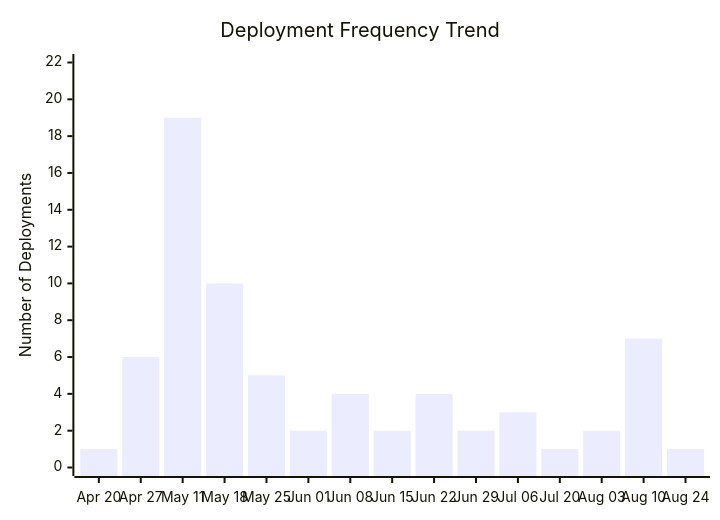
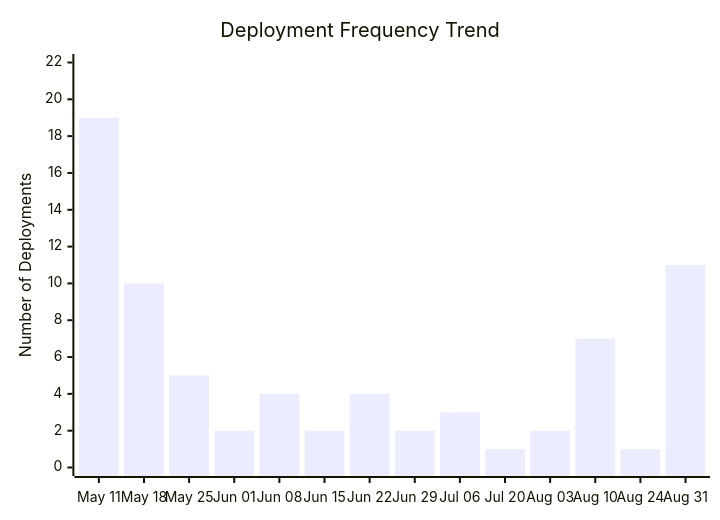
Before and after one commit to ukma-cs-ssdm-2025/rate-ukma: the third of 4 diagrams in docs/ci-cd/dora-summary.md, drawn with Mermaid. The commit also changed other lines of this file, not shown here.

````diff
--- a/docs/ci-cd/dora-summary.md
+++ b/docs/ci-cd/dora-summary.md
@@ -57,7 +56,7 @@
 ```mermaid
 xychart-beta
     title "Deployment Frequency Trend"
-    x-axis ["Apr 20", "Apr 27", "May 11", "May 18", "May 25", "Jun 01", "Jun 08", "Jun 15", "Jun 22", "Jun 29", "Jul 06", "Jul 20", "Aug 03", "Aug 10", "Aug 24"]
+    x-axis ["May 11", "May 18", "May 25", "Jun 01", "Jun 08", "Jun 15", "Jun 22", "Jun 29", "Jul 06", "Jul 20", "Aug 03", "Aug 10", "Aug 24", "Aug 31"]
     y-axis "Number of Deployments" 0 --> 22
-    bar [1.00, 6.00, 19.00, 10.00, 5.00, 2.00, 4.00, 2.00, 4.00, 2.00, 3.00, 1.00, 2.00, 7.00, 1.00]
+    bar [19.00, 10.00, 5.00, 2.00, 4.00, 2.00, 4.00, 2.00, 3.00, 1.00, 2.00, 7.00, 1.00, 11.00]
 ```
````
